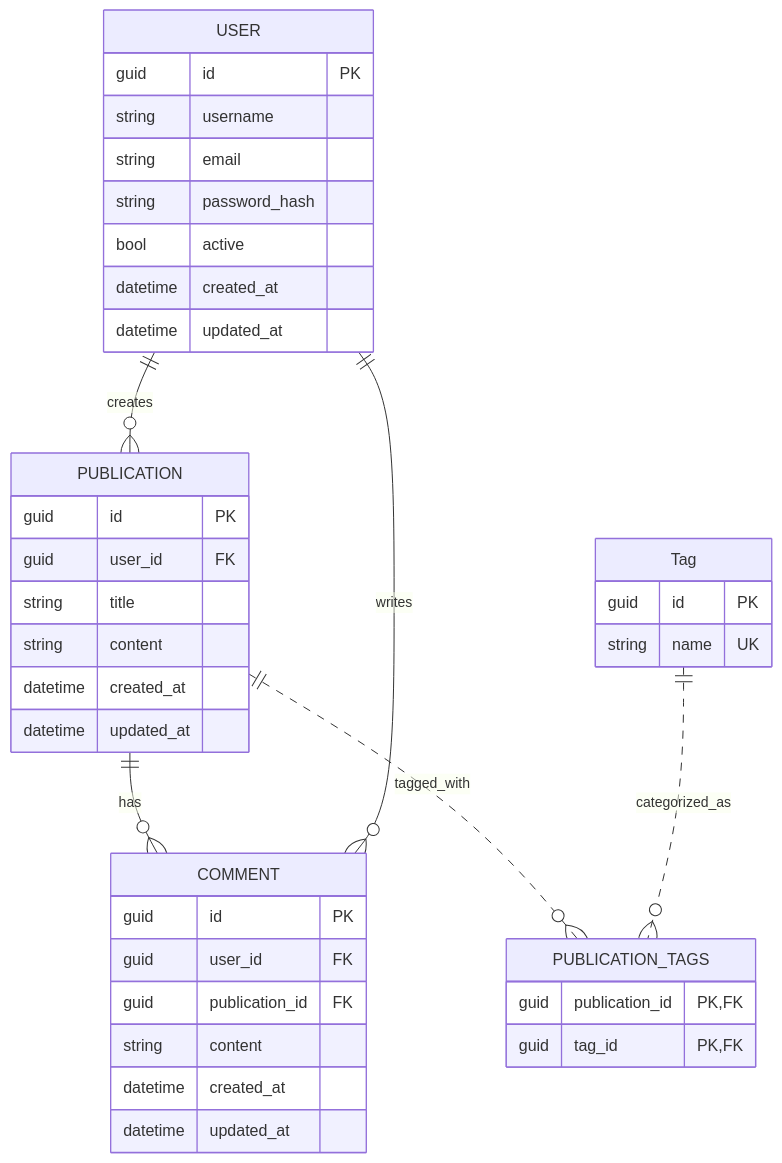
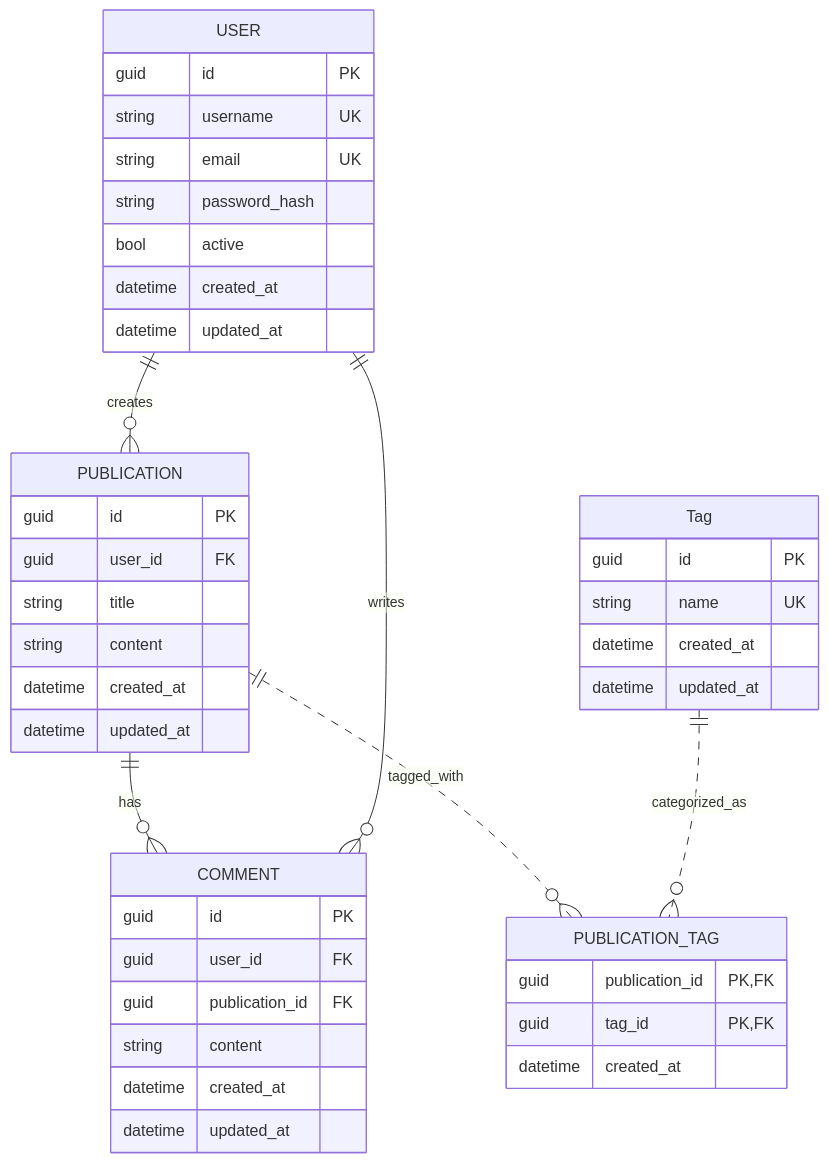
One commit to VSRP97/PruebaTecnicaJikkosoft changed the diagram in README.md. Above: the diagram before and after it, drawn with Mermaid. The commit also changed other lines of this file, not shown here.

Commit message:
Cambios en el diagrama y agregados scripts de creación de tablas.

````diff
--- a/README.md
+++ b/README.md
@@ -18,42 +18,45 @@
 ```mermaid
 erDiagram
     direction TB
     us[USER]{
         guid id PK
-        string username
-        string email
+        string username UK
+        string email UK
         string password_hash
         bool active
         datetime created_at
         datetime updated_at
     }
     p[PUBLICATION]{
         guid id PK
         guid user_id FK
         string title
         string content
         datetime created_at
         datetime updated_at
     }
     c[COMMENT]{
         guid id PK
         guid user_id FK
         guid publication_id FK
         string content
         datetime created_at
         datetime updated_at
     }
     t[Tag]{
         guid id PK
         string name UK
+        datetime created_at
+        datetime updated_at
     }
-    pt[PUBLICATION_TAGS]{
+    pt[PUBLICATION_TAG]{
         guid publication_id PK, FK
         guid tag_id PK, FK
+        datetime created_at
     }
     us ||--}o p : creates
     p ||--}o c : has
     us ||--}o c : writes
     p ||..}o pt : tagged_with
     t ||..}o pt : categorized_as
 ```
````
